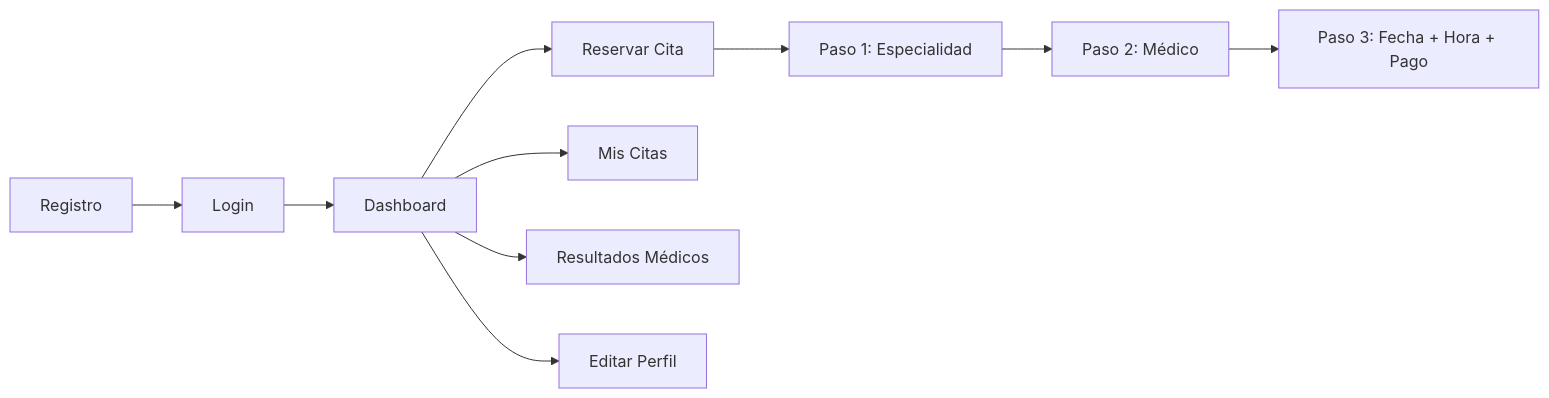
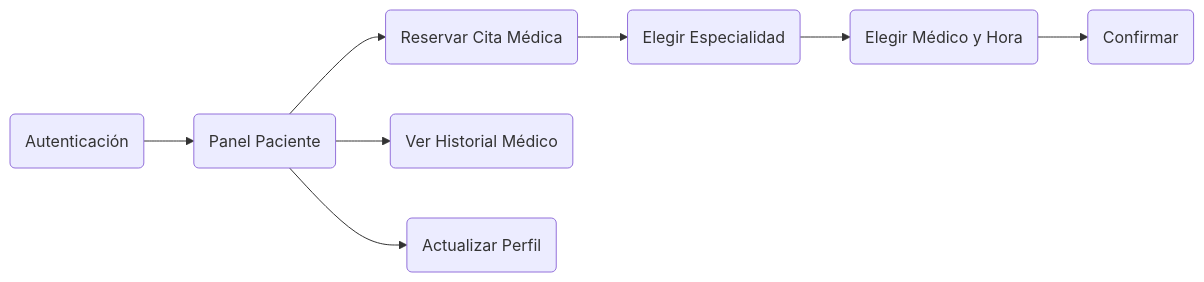
The third of 5 diagrams in README.md (Alessandro-BS/Proyecto-Integrador), drawn with Mermaid before and after one commit. The commit also changed other lines of this file and 1 other file, not shown here.

````diff
--- a/README.md
+++ b/README.md
@@ -321,12 +158,8 @@
 ```mermaid
 flowchart LR
-    A["Registro"] --> B["Login"]
-    B --> C["Dashboard"]
-    C --> D["Reservar Cita"]
-    D --> D1["Paso 1: Especialidad"]
-    D1 --> D2["Paso 2: Médico"]
-    D2 --> D3["Paso 3: Fecha + Hora + Pago"]
-    C --> E["Mis Citas"]
-    C --> F["Resultados Médicos"]
-    C --> G["Editar Perfil"]
+    A("Autenticación") --> B("Panel Paciente")
+    B --> C("Reservar Cita Médica")
+    C --> C1("Elegir Especialidad") --> C2("Elegir Médico y Hora") --> C3("Confirmar")
+    B --> D("Ver Historial Médico")
+    B --> E("Actualizar Perfil")
 ```
````
